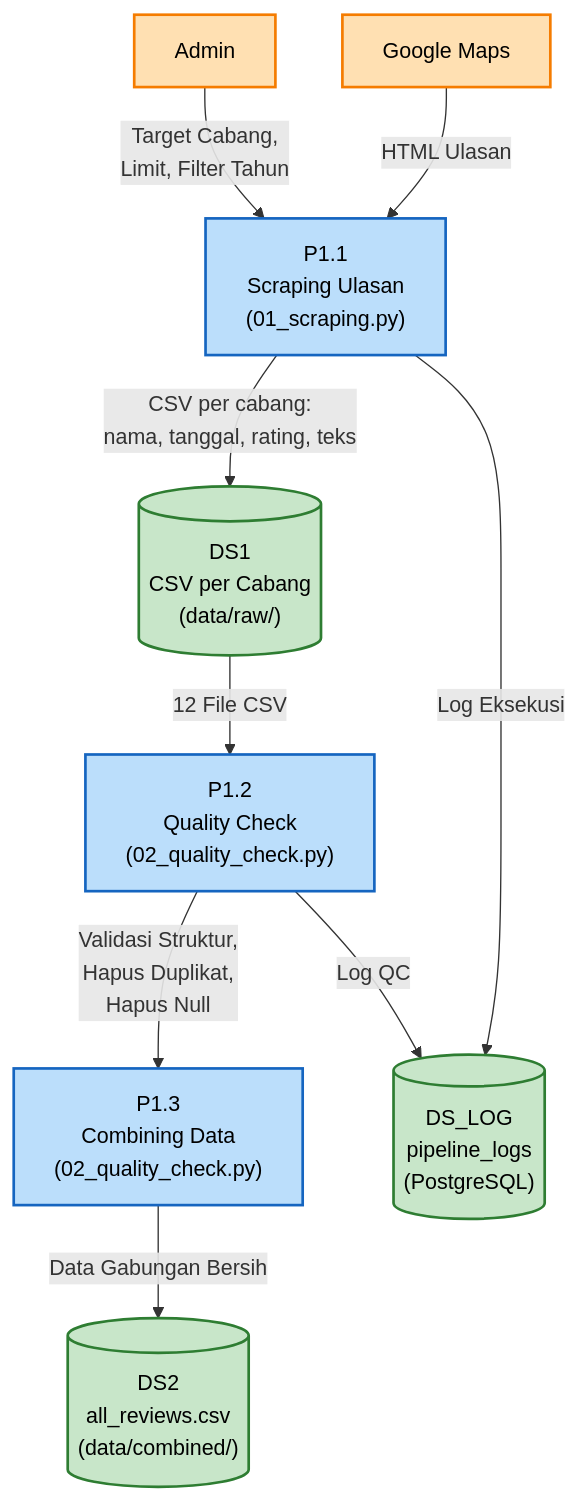
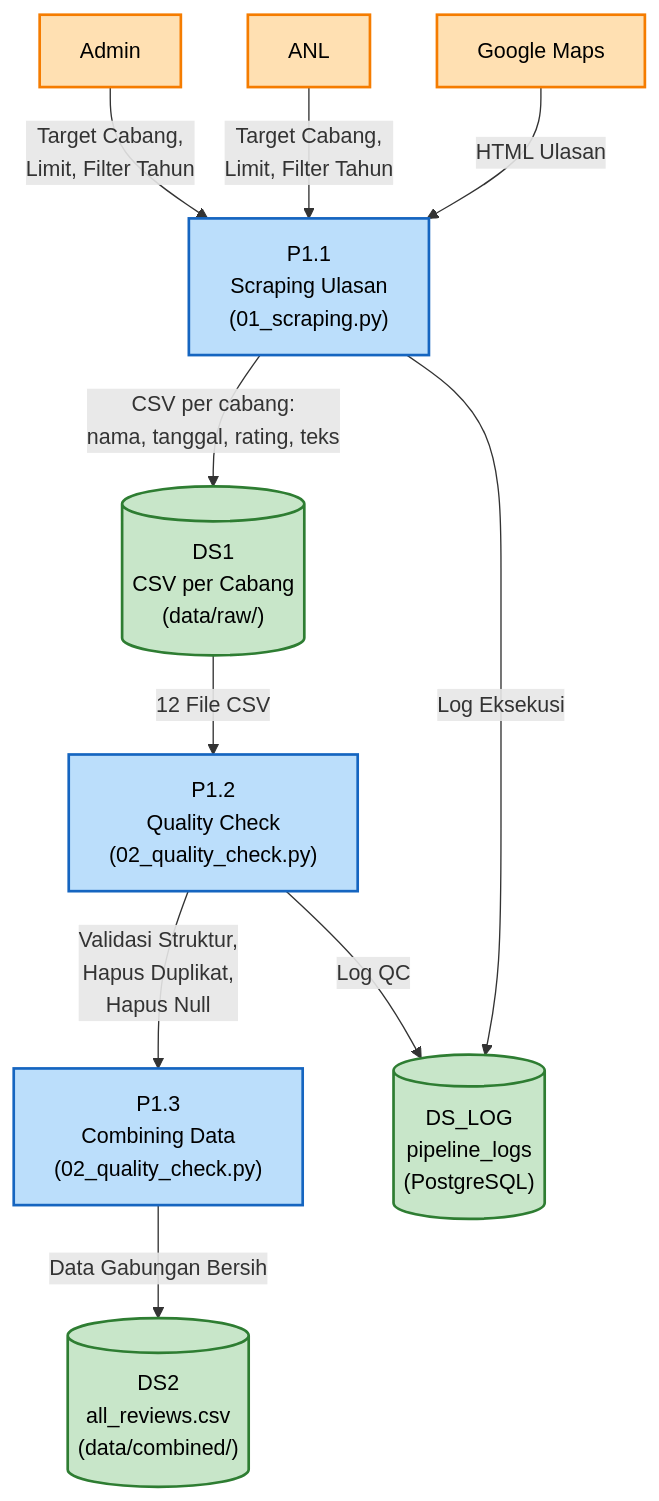
The fourth of 6 diagrams in mermaidflowchart.md (andhikabagaskara-IT/ABSAMieGacoan), drawn with Mermaid before and after one commit. The commit also changed other lines of this file and 6 other files, not shown here.

````diff
--- a/mermaidflowchart.md
+++ b/mermaidflowchart.md
@@ -159,32 +160,33 @@
 ```mermaid
 graph TD
     GM["Google Maps"]
     ADM["Admin"]
 
     P1_1["P1.1<br/>Scraping Ulasan<br/>(01_scraping.py)"]
     P1_2["P1.2<br/>Quality Check<br/>(02_quality_check.py)"]
     P1_3["P1.3<br/>Combining Data<br/>(02_quality_check.py)"]
 
     DS1[("DS1<br/>CSV per Cabang<br/>(data/raw/)")]
     DS2[("DS2<br/>all_reviews.csv<br/>(data/combined/)")]
     DS_LOG[("DS_LOG<br/>pipeline_logs<br/>(PostgreSQL)")]
 
     ADM -->|"Target Cabang,<br/>Limit, Filter Tahun"| P1_1
+    ANL -->|"Target Cabang,<br/>Limit, Filter Tahun"| P1_1
     GM -->|"HTML Ulasan"| P1_1
 
     P1_1 -->|"CSV per cabang:<br/>nama, tanggal, rating, teks"| DS1
     P1_1 -->|"Log Eksekusi"| DS_LOG
 
     DS1 -->|"12 File CSV"| P1_2
     P1_2 -->|"Validasi Struktur,<br/>Hapus Duplikat,<br/>Hapus Null"| P1_3
     P1_3 -->|"Data Gabungan Bersih"| DS2
     P1_2 -->|"Log QC"| DS_LOG
 
     classDef ext fill:#FFE0B2,stroke:#F57C00,stroke-width:2px,color:#000
     classDef proc fill:#BBDEFB,stroke:#1565C0,stroke-width:2px,color:#000
     classDef store fill:#C8E6C9,stroke:#2E7D32,stroke-width:2px,color:#000
 
-    class GM,ADM ext
+    class GM,ADM,ANL ext
     class P1_1,P1_2,P1_3 proc
     class DS1,DS2,DS_LOG store
 ```
````
